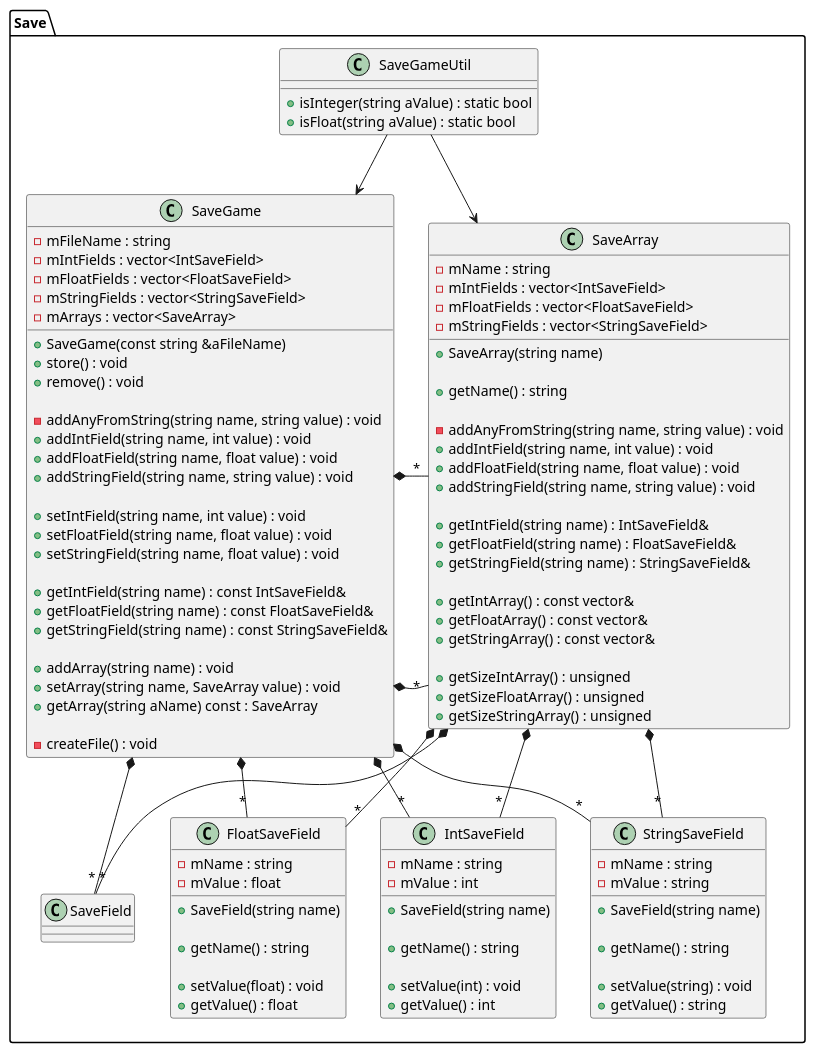
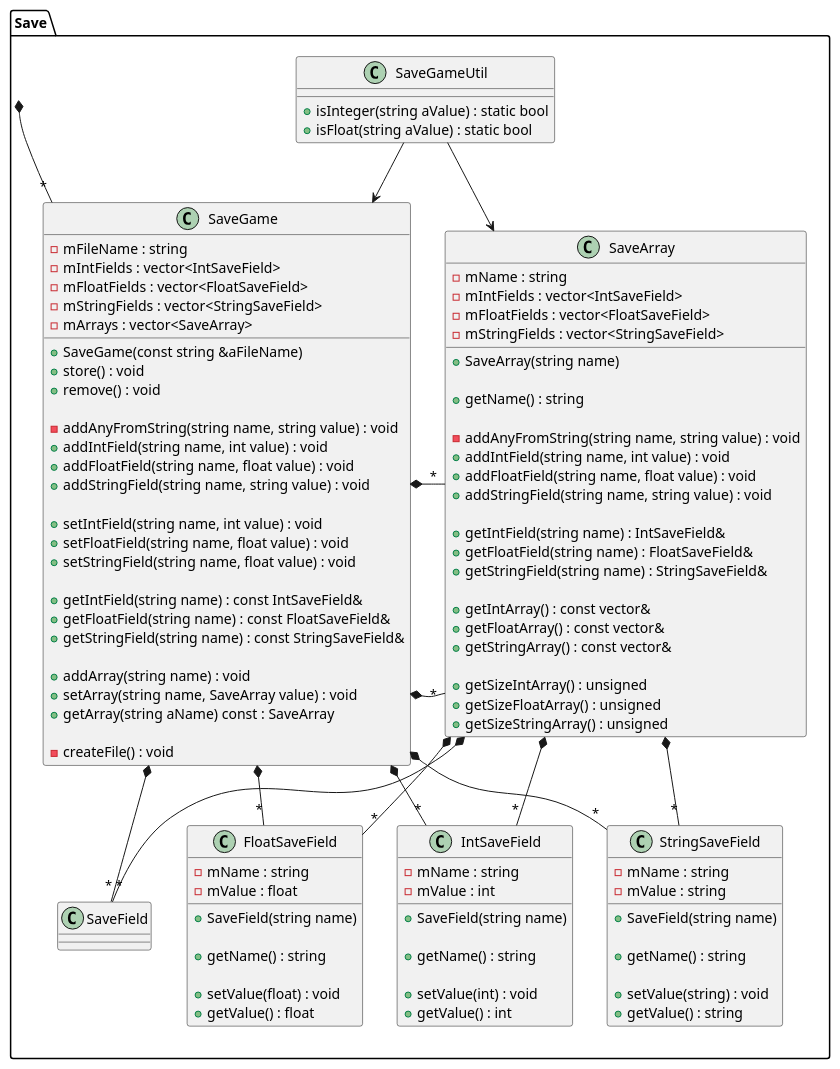
Before and after one commit to Seger01/GameEngine: the diagram in docs/Diagrams/savegamePackage.puml, drawn with PlantUML. The commit also changed 2 other files, not shown here.

Commit message:
AudioPackage: added audio resource manager enginePackage: removed audio resource manager savegamePackage: added relation between save package and savegame class

```diff
--- a/docs/Diagrams/savegamePackage.puml
+++ b/docs/Diagrams/savegamePackage.puml
@@ -1,122 +1,124 @@
 @startuml savePackageClassDiagram
 
 package Save{
 class SaveGame {
 -mFileName : string
     - mIntFields : vector<IntSaveField>
     - mFloatFields : vector<FloatSaveField>
     - mStringFields : vector<StringSaveField>
     - mArrays : vector<SaveArray>
     + SaveGame(const string &aFileName)
     + store() : void
     + remove() : void
 
     - addAnyFromString(string name, string value) : void
     + addIntField(string name, int value) : void
     + addFloatField(string name, float value) : void
     + addStringField(string name, string value) : void
 
     + setIntField(string name, int value) : void
     + setFloatField(string name, float value) : void
     + setStringField(string name, float value) : void
 
     + getIntField(string name) : const IntSaveField&
     + getFloatField(string name) : const FloatSaveField&
     + getStringField(string name) : const StringSaveField&
 
     + addArray(string name) : void
     + setArray(string name, SaveArray value) : void
     + getArray(string aName) const : SaveArray
 
     - createFile() : void
 }
 
 class SaveArray {
     - mName : string
     - mIntFields : vector<IntSaveField>
     - mFloatFields : vector<FloatSaveField>
     - mStringFields : vector<StringSaveField>
     + SaveArray(string name)
 
     + getName() : string
 
     - addAnyFromString(string name, string value) : void
     + addIntField(string name, int value) : void
     + addFloatField(string name, float value) : void
     + addStringField(string name, string value) : void
 
     + getIntField(string name) : IntSaveField&
     + getFloatField(string name) : FloatSaveField&
     + getStringField(string name) : StringSaveField&
 
     + getIntArray() : const vector&
     + getFloatArray() : const vector&
     + getStringArray() : const vector&
 
     + getSizeIntArray() : unsigned
     + getSizeFloatArray() : unsigned
     + getSizeStringArray() : unsigned
 }
 
 
 
 class SaveGameUtil {
   + isInteger(string aValue) : static bool
   + isFloat(string aValue) : static bool
 }
 
 together {
 class IntSaveField {
   - mName : string
   - mValue : int
 
   + SaveField(string name)
 
   + getName() : string
 
   + setValue(int) : void
   + getValue() : int
 }
 
 class FloatSaveField {
   - mName : string
   - mValue : float
 
   + SaveField(string name)
 
   + getName() : string
 
   + setValue(float) : void
   + getValue() : float
 }
 
 class StringSaveField {
   - mName : string
   - mValue : string
 
   + SaveField(string name)
 
   + getName() : string
 
   + setValue(string) : void
   + getValue() : string
 }
 }
 
 SaveGame *-- "*" SaveField
 SaveGame *-- "*" SaveArray
 SaveArray *-- "*" SaveField
 
 SaveGame <-left- SaveGameUtil
 SaveGame *--"*" SaveArray
 SaveGame -[hidden]> SaveArray
 SaveGame *--"*" IntSaveField
 SaveGame *--"*" FloatSaveField
 SaveGame *--"*" StringSaveField
 
 SaveArray <-up- SaveGameUtil
 SaveArray *--"*" IntSaveField
 SaveArray *--"*" FloatSaveField
 SaveArray *--"*" StringSaveField
 }
+
+Save *-- "*" SaveGame
 @enduml
```
